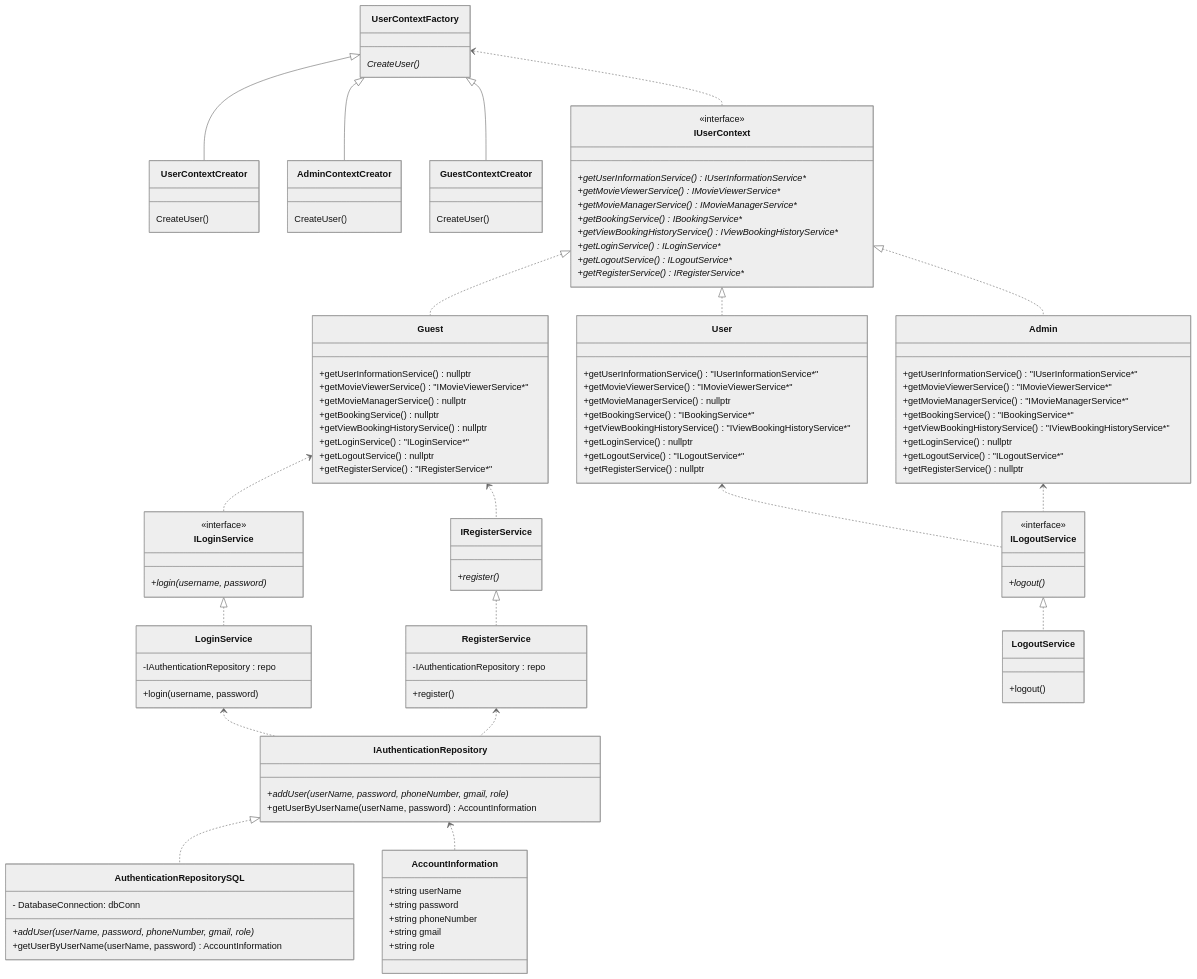
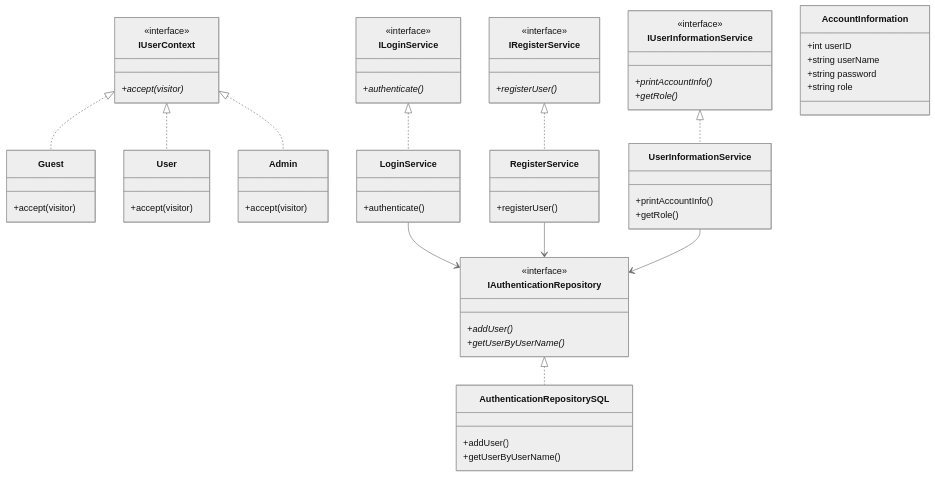
Before and after one commit to kqanGit/MovieTicketBookingSystem: the diagram in diagram/Class_diagram/Authentication+UserService.md, drawn with Mermaid (neutral theme). The commit also changed 6 other files, not shown here.

Commit message:
modify class diagram to match the final code

````diff
--- a/diagram/Class_diagram/Authentication+UserService.md
+++ b/diagram/Class_diagram/Authentication+UserService.md
@@ -1,135 +1,84 @@
 ```mermaid
-
-
 classDiagram
 direction TB
-    class AccountInformation {
-	    +string userName
-	    +string password
-	    +string phoneNumber
-	    +string gmail
-	    +string role
+
+    %% User Context
+    class IUserContext {
+        <<interface>>
+        +accept(visitor)*
+    }
+
+    class Guest {
+        +accept(visitor)
     }
 
     class User {
-	    +getUserInformationService() "IUserInformationService*"
-	    +getMovieViewerService() "IMovieViewerService*"
-	    +getMovieManagerService() nullptr
-	    +getBookingService() "IBookingService*"
-	    +getViewBookingHistoryService() "IViewBookingHistoryService*"
-	    +getLoginService() nullptr
-	    +getLogoutService() "ILogoutService*"
-	    +getRegisterService() nullptr
+        +accept(visitor)
     }
 
     class Admin {
-	    +getUserInformationService() "IUserInformationService*"
-	    +getMovieViewerService() "IMovieViewerService*"
-	    +getMovieManagerService() "IMovieManagerService*"
-	    +getBookingService() "IBookingService*"
-	    +getViewBookingHistoryService() "IViewBookingHistoryService*"
-	    +getLoginService() nullptr
-	    +getLogoutService() "ILogoutService*"
-	    +getRegisterService() nullptr
+        +accept(visitor)
     }
 
-    class UserContextFactory {
-        CreateUser()*
-    }
-
-    class UserContextCreator {
-        CreateUser()
-    }
-
-    class AdminContextCreator {
-        CreateUser()
-    }
-    
-    class GuestContextCreator {
-        CreateUser()
-    }
-
+    %% Services
     class ILoginService {
-	    +login(username, password)*
-
+        <<interface>>
+        +authenticate()*
     }
 
     class LoginService {
-	    -IAuthenticationRepository : repo
-	    +login(username, password)
-    }
-
-    class ILogoutService {
-	    +logout()*
-    }
-
-    class LogoutService {
-	    +logout()
+        +authenticate()
     }
 
     class IRegisterService {
-	    +register()*
+        <<interface>>
+        +registerUser()*
     }
 
     class RegisterService {
-        -IAuthenticationRepository : repo
-	    +register()
+        +registerUser()
     }
 
+    class IUserInformationService {
+        <<interface>>
+        +printAccountInfo()*
+        +getRole()*
+    }
 
+    class UserInformationService {
+        +printAccountInfo()
+        +getRole()
+    }
+
+    %% Repository
     class IAuthenticationRepository {
-	    +addUser(userName, password, phoneNumber, gmail, role)*
-	    +getUserByUserName(userName, password) AccountInformation
+        <<interface>>
+        +addUser()*
+        +getUserByUserName()*
     }
 
     class AuthenticationRepositorySQL {
-	    - DatabaseConnection: dbConn
-	    +addUser(userName, password, phoneNumber, gmail, role)*
-	    +getUserByUserName(userName, password) AccountInformation
+        +addUser()
+        +getUserByUserName()
     }
 
-    class IUserContext {
-	    +getUserInformationService() IUserInformationService**
-	    +getMovieViewerService() IMovieViewerService**
-	    +getMovieManagerService() IMovieManagerService**
-	    +getBookingService() IBookingService**
-	    +getViewBookingHistoryService() IViewBookingHistoryService**
-	    +getLoginService() ILoginService**
-	    +getLogoutService() ILogoutService**
-	    +getRegisterService() IRegisterService**
+    %% Core Data
+    class AccountInformation {
+        +int userID
+        +string userName
+        +string password
+        +string role
     }
 
-    class Guest {
-	    +getUserInformationService() nullptr
-	    +getMovieViewerService() "IMovieViewerService*"
-	    +getMovieManagerService() nullptr
-	    +getBookingService() nullptr
-	    +getViewBookingHistoryService() nullptr
-	    +getLoginService() "ILoginService*"
-	    +getLogoutService() nullptr
-	    +getRegisterService() "IRegisterService*"
-    }
-
-	<<interface>> ILoginService
-	<<interface>> ILogoutService
-	<<interface>> IUserContext
-
-    UserContextFactory <|-- UserContextCreator
-    UserContextFactory <|-- AdminContextCreator
-    UserContextFactory <|-- GuestContextCreator
-    UserContextFactory <.. IUserContext
+    %% Relationships
     IUserContext <|.. Guest
     IUserContext <|.. User
     IUserContext <|.. Admin
+    ILoginService <|.. LoginService
+    IRegisterService <|.. RegisterService
+    IUserInformationService <|.. UserInformationService
     IAuthenticationRepository <|.. AuthenticationRepositorySQL
-    IAuthenticationRepository <.. AccountInformation
-    ILoginService <|.. LoginService
-    LoginService <.. IAuthenticationRepository
-    RegisterService <.. IAuthenticationRepository
-    ILogoutService <|.. LogoutService
-    IRegisterService <|.. RegisterService 
-    Guest <.. ILoginService
-    Guest <.. IRegisterService
-    User <.. ILogoutService
-    Admin <.. ILogoutService
+    LoginService --> IAuthenticationRepository
+    RegisterService --> IAuthenticationRepository
+    UserInformationService --> IAuthenticationRepository
 ```
````
